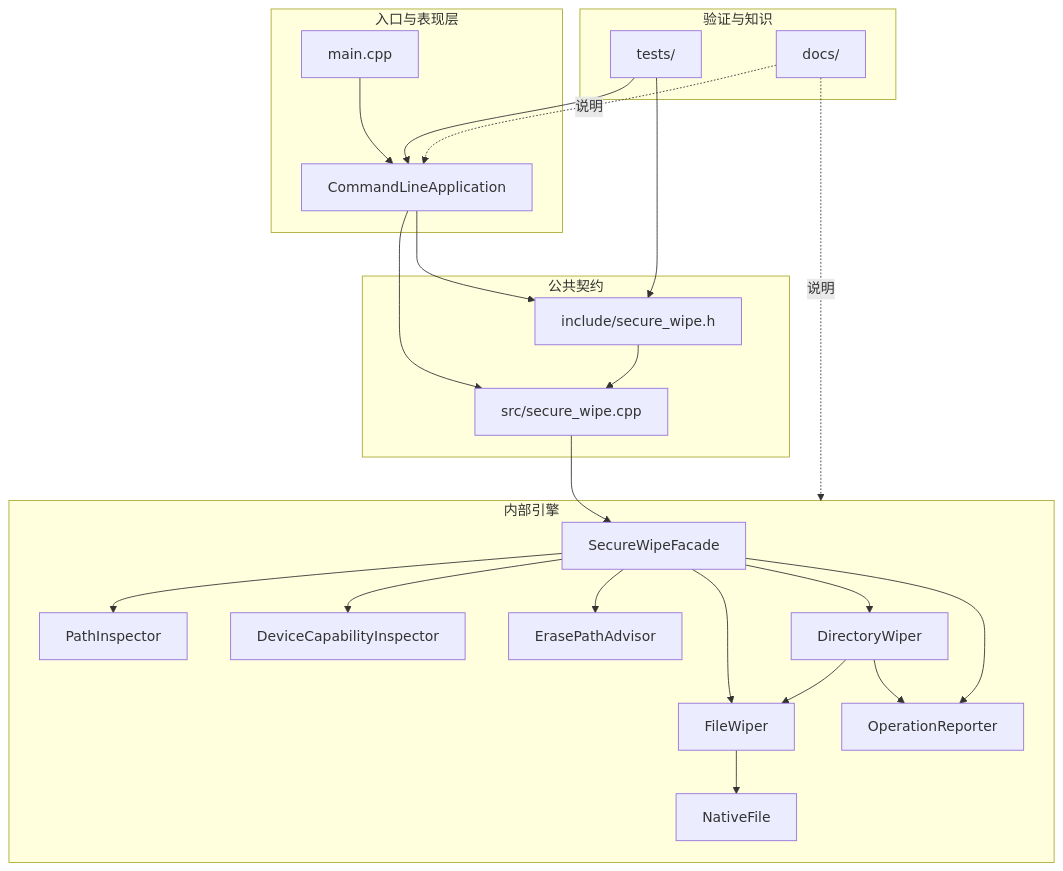
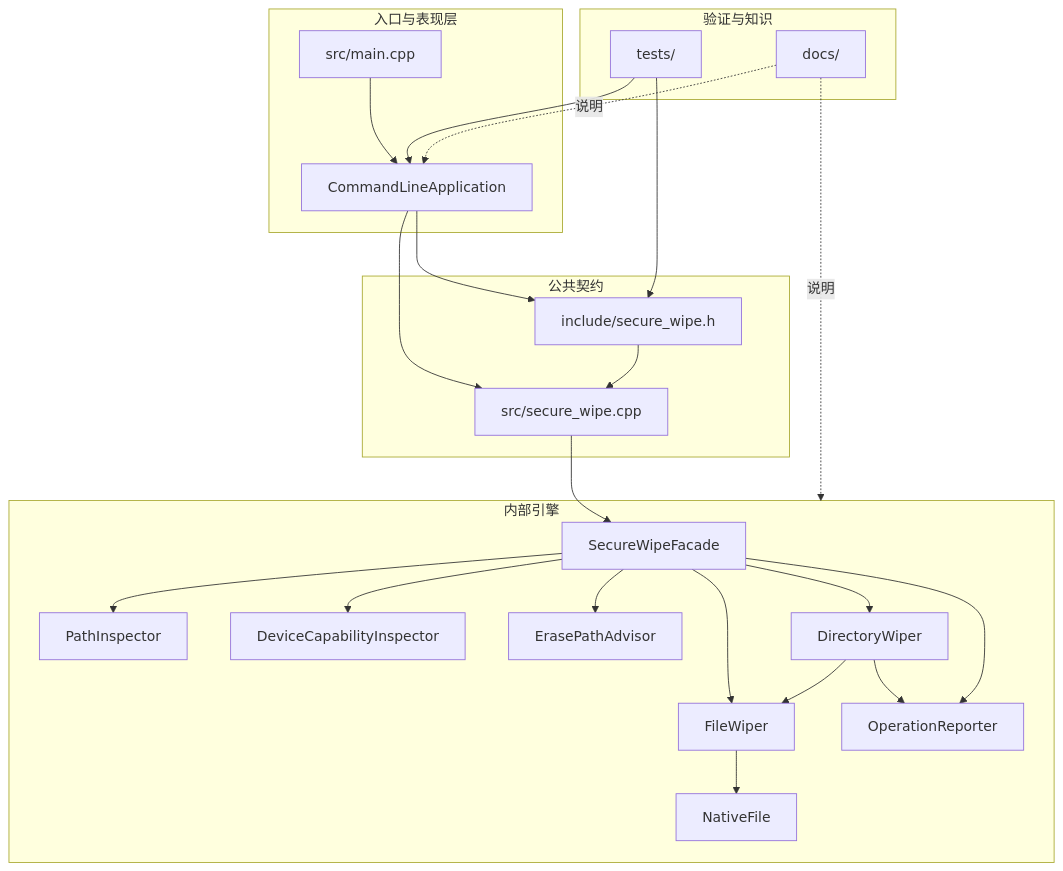
One commit to shushu-cell/SecureWipe-Cpp changed the second of 3 diagrams in docs/engineering/architecture.md. Above: the diagram before and after it, drawn with Mermaid. The commit also changed other lines of this file and 7 other files, not shown here.

````diff
--- a/docs/engineering/architecture.md
+++ b/docs/engineering/architecture.md
@@ -47,47 +47,53 @@
 ```mermaid
 flowchart TB
 	subgraph Entry[入口与表现层]
-		Main[main.cpp]
+		Main[src/main.cpp]
 		CLI[CommandLineApplication]
 	end
 
 	subgraph Contract[公共契约]
 		Header[include/secure_wipe.h]
 		ApiFacade[src/secure_wipe.cpp]
 	end
 
 	subgraph Engine[内部引擎]
 		Facade[SecureWipeFacade]
 		Inspector[PathInspector]
 		Capability[DeviceCapabilityInspector]
 		Advisor[ErasePathAdvisor]
 		Directory[DirectoryWiper]
 		File[FileWiper]
 		Native[NativeFile]
 		Reporter[OperationReporter]
 	end
 
 	subgraph Quality[验证与知识]
 		Tests[tests/]
 		Docs[docs/]
 	end
 
 	Main --> CLI
 	CLI --> Header
 	CLI --> ApiFacade
 	Header --> ApiFacade
 	ApiFacade --> Facade
 	Facade --> Inspector
 	Facade --> Capability
 	Facade --> Advisor
 	Facade --> Directory
 	Facade --> File
 	Directory --> File
 	File --> Native
 	Directory --> Reporter
 	Facade --> Reporter
 	Tests --> Header
 	Tests --> CLI
 	Docs -. 说明 .-> CLI
 	Docs -. 说明 .-> Engine
+
+	click Main "https://github.com/shushu-cell/SecureWipe-Cpp/blob/main/src/main.cpp" "src/main.cpp"
+	click Header "https://github.com/shushu-cell/SecureWipe-Cpp/blob/main/include/secure_wipe.h" "include/secure_wipe.h"
+	click ApiFacade "https://github.com/shushu-cell/SecureWipe-Cpp/blob/main/src/secure_wipe.cpp" "src/secure_wipe.cpp"
+	click Tests "https://github.com/shushu-cell/SecureWipe-Cpp/tree/main/tests" "tests/"
+	click Docs "https://github.com/shushu-cell/SecureWipe-Cpp/tree/main/docs" "docs/"
 ```
````
